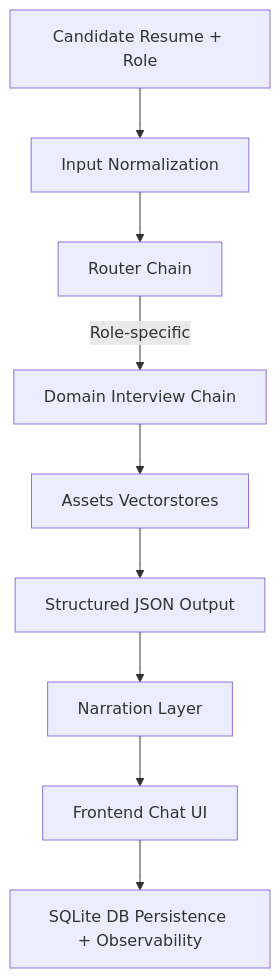
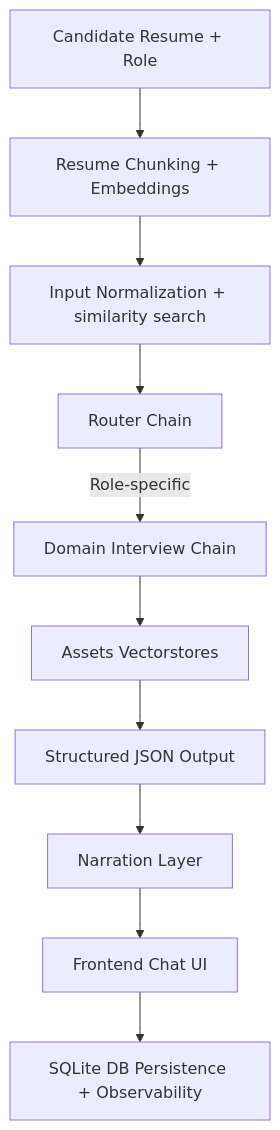
One commit to pranavmadhahar/hirequest changed the diagram in README.md. Above: the diagram before and after it, drawn with Mermaid. The commit also changed other lines of this file, not shown here.

````diff
--- a/README.md
+++ b/README.md
@@ -31,11 +31,12 @@
 ```mermaid
 flowchart TD
-    A[Candidate Resume + Role] --> B[Input Normalization]
+    A[Candidate Resume + Role] --> A1[Resume Chunking + Embeddings]
+    A1 --> B[Input Normalization + similarity search]
     B --> C[Router Chain]
     C -->|Role-specific| D[Domain Interview Chain]
     D --> E[Assets Vectorstores]
     E --> F[Structured JSON Output]
     F --> G[Narration Layer]
     G --> H[Frontend Chat UI]
     H --> I[SQLite DB Persistence + Observability]
 ```
````
